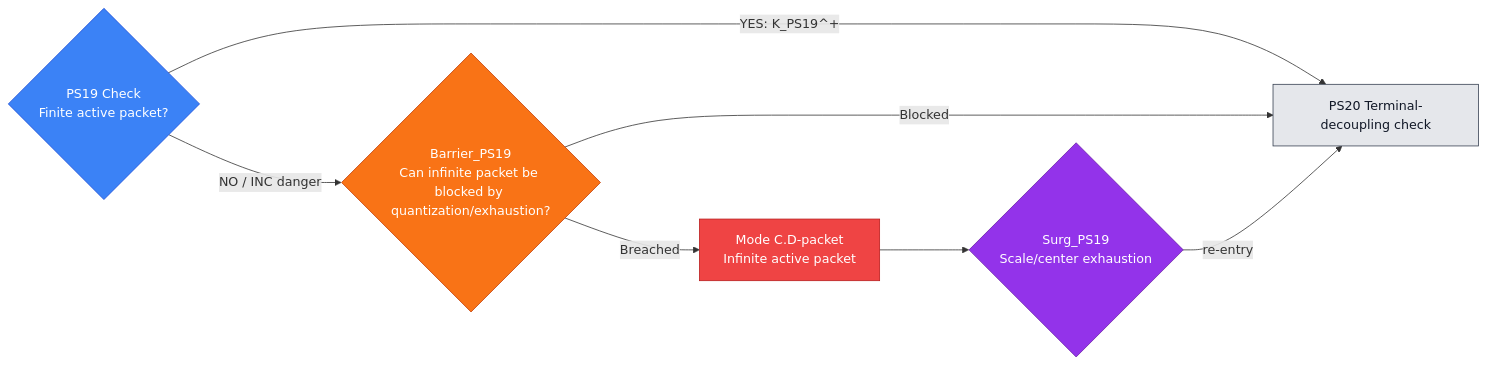
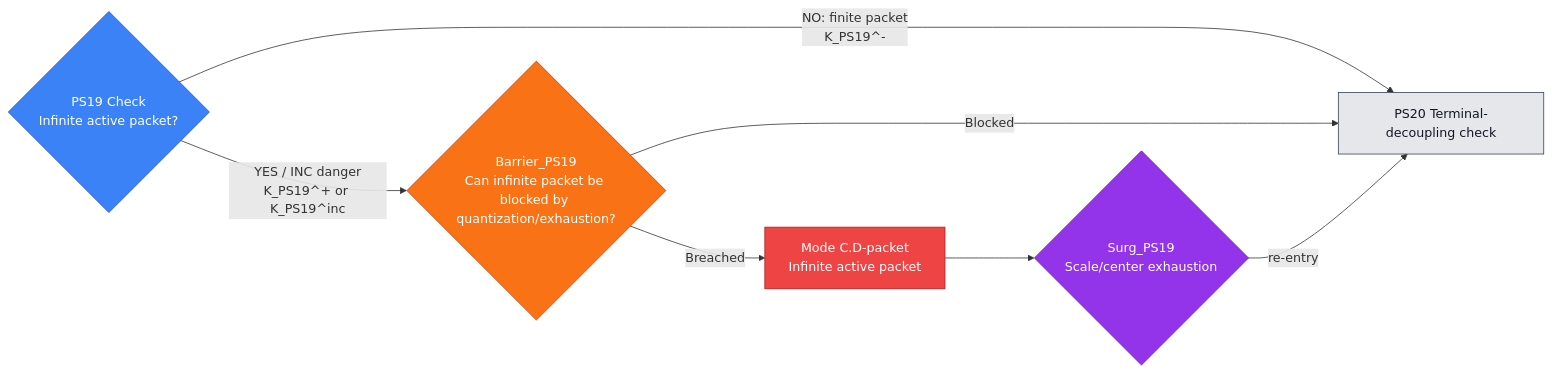
One commit to Guillemdb/hypostructure changed diagram 25 of 54 in docs/source/1_hypostructure_formalism/edits/new_sieve.md. Above: the diagram before and after it, drawn with Mermaid. The commit also changed other lines of this file, not shown here.

````diff
--- a/docs/source/1_hypostructure_formalism/edits/new_sieve.md
+++ b/docs/source/1_hypostructure_formalism/edits/new_sieve.md
@@ -2142,23 +2167,23 @@
 ```mermaid
 flowchart LR
-    C{"PS19 Check<br/>Finite active packet?"}
-    C -- "YES: K_PS19^+" --> N["PS20 Terminal-decoupling check"]
-    C -- "NO / INC danger" --> B{"Barrier_PS19<br/>Can infinite packet be blocked by quantization/exhaustion?"}
+    C{"PS19 Check<br/>Infinite active packet?"}
+    C -- "NO: finite packet<br/>K_PS19^-" --> N["PS20 Terminal-decoupling check"]
+    C -- "YES / INC danger<br/>K_PS19^+ or K_PS19^inc" --> B{"Barrier_PS19<br/>Can infinite packet be blocked by quantization/exhaustion?"}
     B -- "Blocked" --> N
     B -- "Breached" --> M["Mode C.D-packet<br/>Infinite active packet"]
     M --> S{"Surg_PS19<br/>Scale/center exhaustion"}
     S -- "re-entry" --> N
 
     classDef check fill:#3b82f6,stroke:#1d4ed8,color:#ffffff;
     classDef barrier fill:#f97316,stroke:#c2410c,color:#ffffff;
     classDef mode fill:#ef4444,stroke:#b91c1c,color:#ffffff;
     classDef surgery fill:#9333ea,stroke:#6b21a8,color:#ffffff;
     classDef next fill:#e5e7eb,stroke:#374151,color:#111827;
     classDef terminal fill:#fef3c7,stroke:#d97706,color:#111827;
 
     class C check;
     class B barrier;
     class M mode;
     class S surgery;
     class N next;
 ```
````
